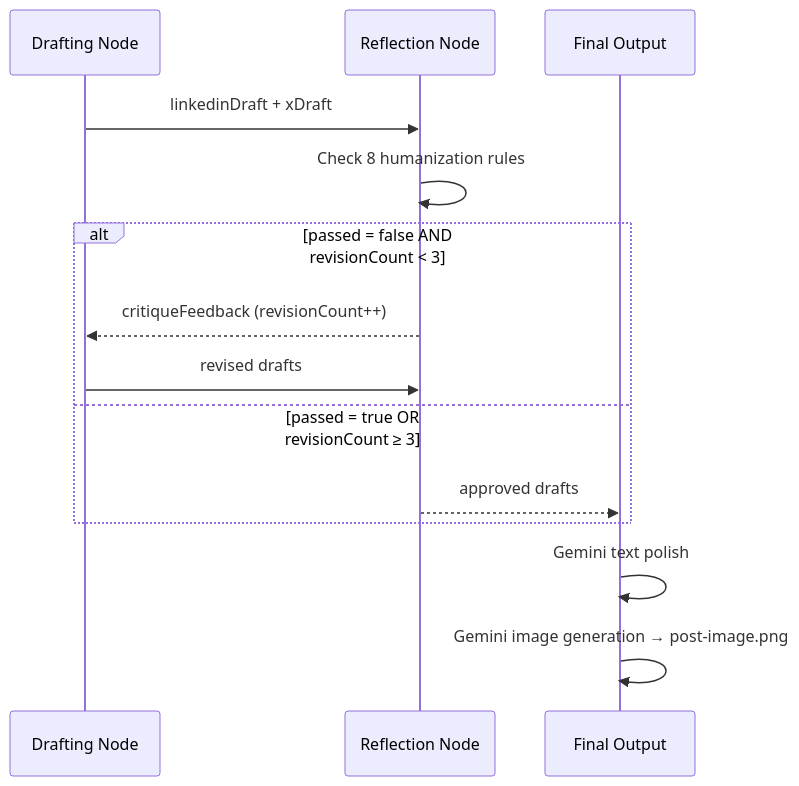
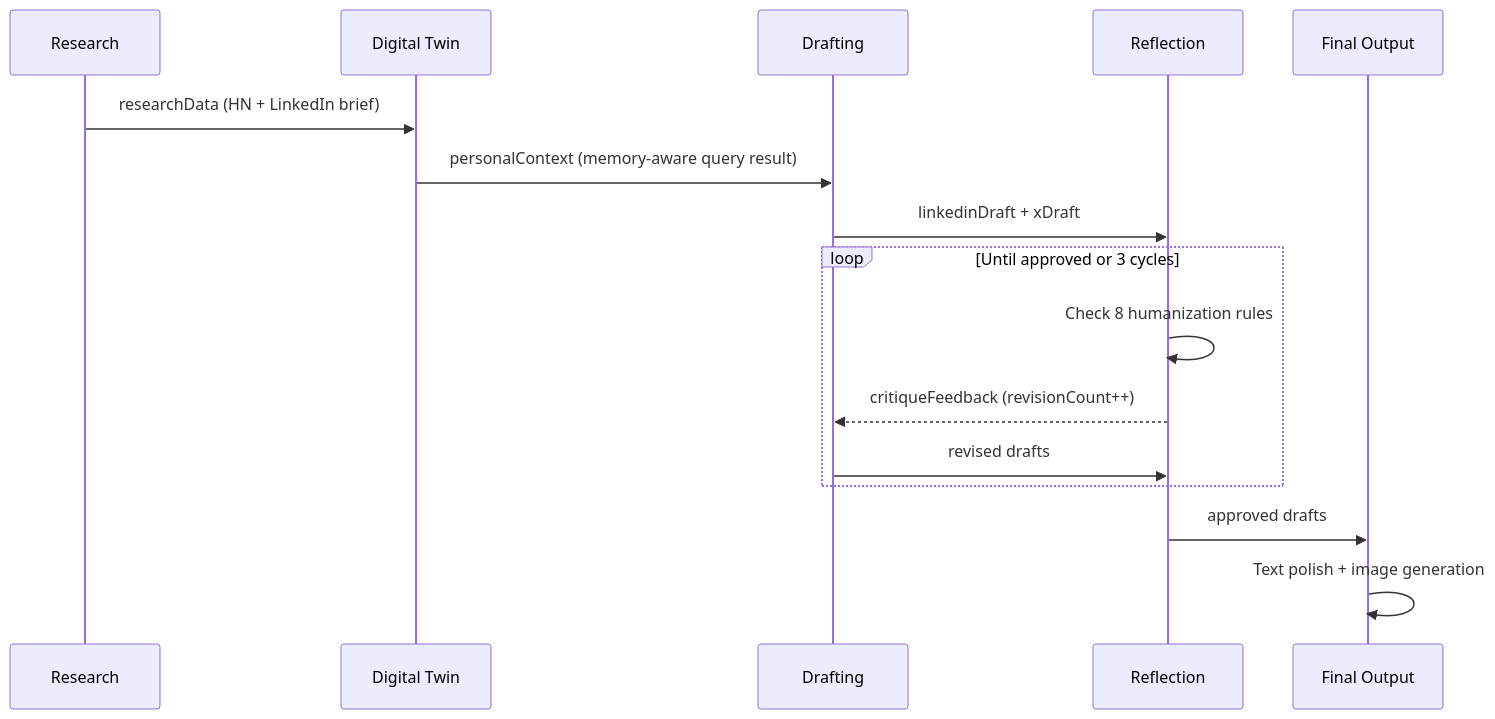
Before and after one commit to Mohd-Mursaleen/content-agent: the second of 2 diagrams in README.md, drawn with Mermaid. The commit also changed other lines of this file and 3 other files, not shown here.

Commit message:
refactor: reorder workflow nodes for context-aware Supermemory queries and update Digital Twin logic

````diff
--- a/README.md
+++ b/README.md
@@ -50,17 +45,21 @@
 ```mermaid
 sequenceDiagram
-    participant D as Drafting Node
-    participant R as Reflection Node
+    participant R as Research
+    participant DT as Digital Twin
+    participant D as Drafting
+    participant Ref as Reflection
     participant F as Final Output
 
-    D->>R: linkedinDraft + xDraft
-    R->>R: Check 8 humanization rules
-    alt passed = false AND revisionCount < 3
-        R-->>D: critiqueFeedback (revisionCount++)
-        D->>R: revised drafts
-    else passed = true OR revisionCount ≥ 3
-        R-->>F: approved drafts
+    R->>DT: researchData (HN + LinkedIn brief)
+    DT->>D: personalContext (memory-aware query result)
+    D->>Ref: linkedinDraft + xDraft
+
+    loop Until approved or 3 cycles
+        Ref->>Ref: Check 8 humanization rules
+        Ref-->>D: critiqueFeedback (revisionCount++)
+        D->>Ref: revised drafts
     end
-    F->>F: Gemini text polish
-    F->>F: Gemini image generation → post-image.png
+
+    Ref->>F: approved drafts
+    F->>F: Text polish + image generation
 ```
````
